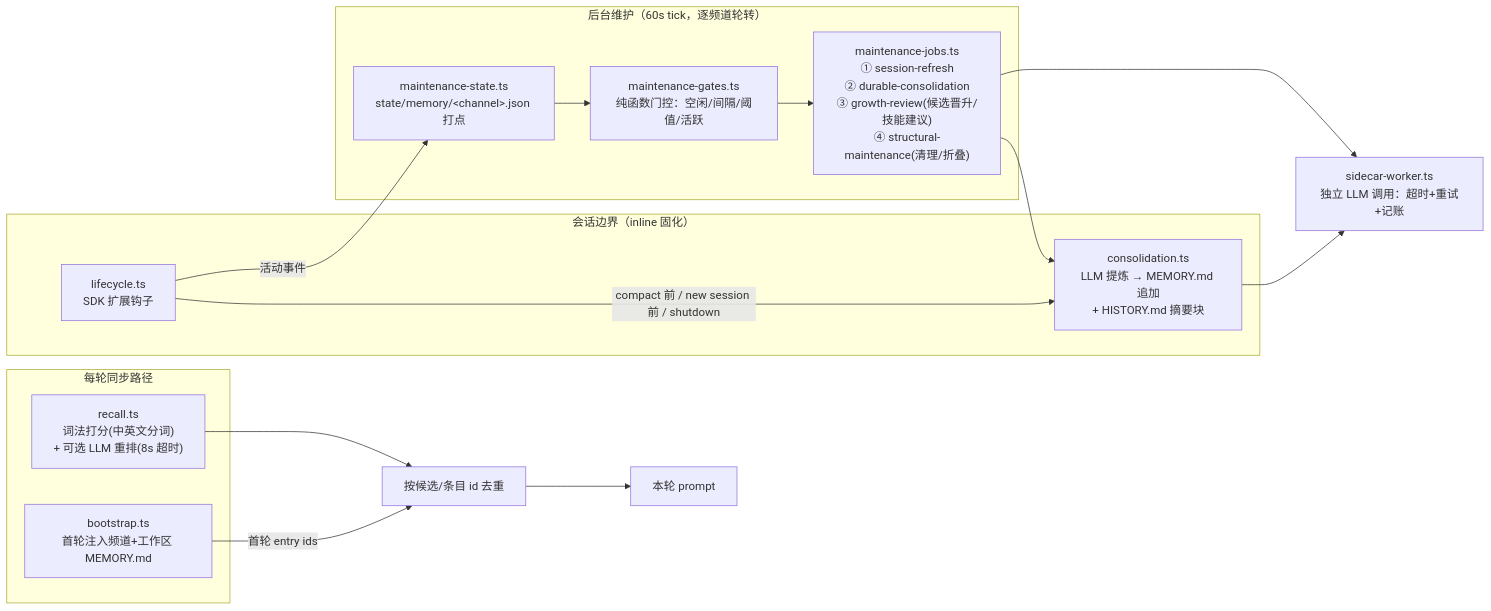
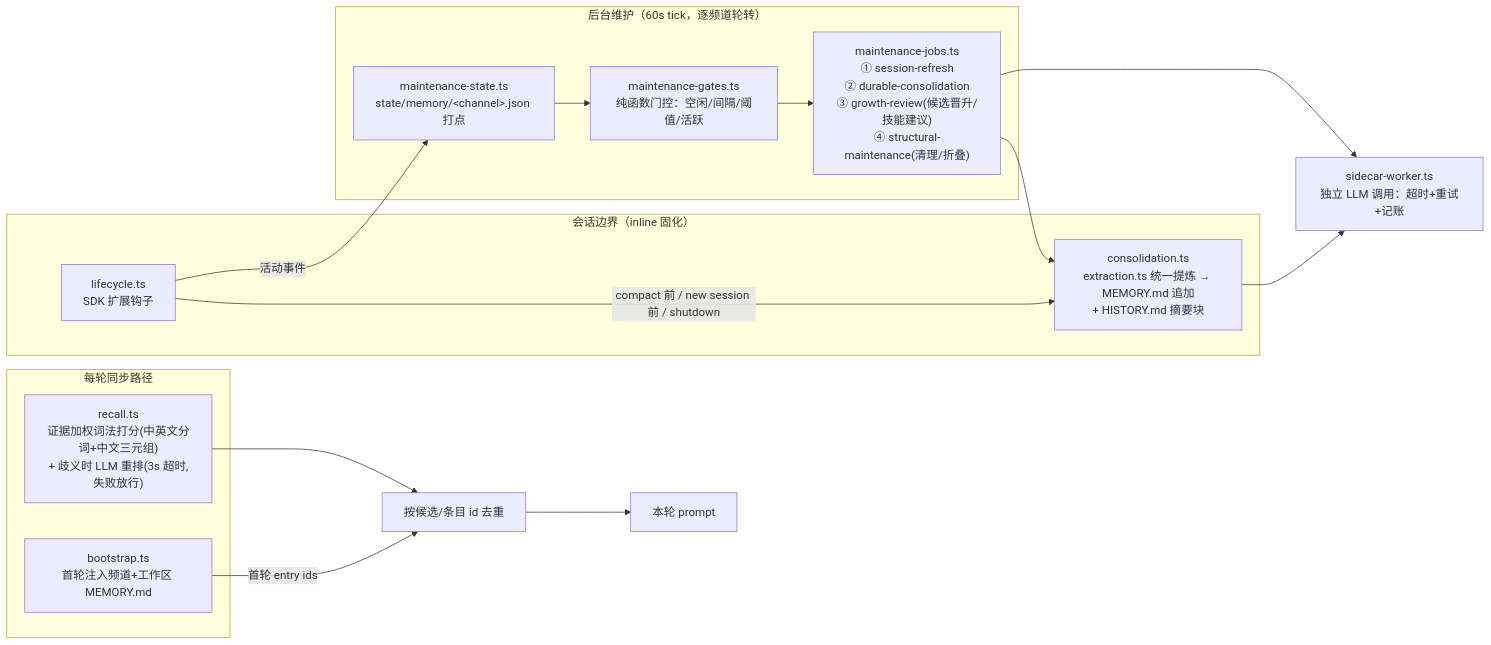
Before and after one commit to oyasmi/pipiclaw: the third of 4 diagrams in docs/architecture.md, drawn with Mermaid. The commit also changed other lines of this file and 16 other files, not shown here.

First line of the commit message:
refactor(memory): unify durable-memory extraction and score recall by evidence

````diff
--- a/docs/architecture.md
+++ b/docs/architecture.md
@@ -190,28 +190,28 @@
 ```mermaid
 flowchart LR
     subgraph turn [每轮同步路径]
-        RECALL["recall.ts<br/>词法打分(中英文分词)<br/>+ 可选 LLM 重排(8s 超时)"]
+        RECALL["recall.ts<br/>证据加权词法打分(中英文分词+中文三元组)<br/>+ 歧义时 LLM 重排(3s 超时,失败放行)"]
         BOOT["bootstrap.ts<br/>首轮注入频道+工作区 MEMORY.md"]
     end
 
     subgraph boundary [会话边界（inline 固化）]
         LC["lifecycle.ts<br/>SDK 扩展钩子"]
-        CONS["consolidation.ts<br/>LLM 提炼 → MEMORY.md 追加<br/>+ HISTORY.md 摘要块"]
+        CONS["consolidation.ts<br/>extraction.ts 统一提炼 → MEMORY.md 追加<br/>+ HISTORY.md 摘要块"]
     end
 
     subgraph sched [后台维护（60s tick，逐频道轮转）]
         GATES["maintenance-gates.ts<br/>纯函数门控：空闲/间隔/阈值/活跃"]
         JOBS["maintenance-jobs.ts<br/>① session-refresh<br/>② durable-consolidation<br/>③ growth-review(候选晋升/技能建议)<br/>④ structural-maintenance(清理/折叠)"]
         STATE["maintenance-state.ts<br/>state/memory/&lt;channel&gt;.json 打点"]
     end
 
     SIDE["sidecar-worker.ts<br/>独立 LLM 调用：超时+重试+记账"]
 
     BOOT -->|首轮 entry ids| DEDUPE[按候选/条目 id 去重]
     RECALL --> DEDUPE --> PROMPT[本轮 prompt]
     LC -->|compact 前 / new session 前 / shutdown| CONS
     GATES --> JOBS --> CONS
     JOBS --> SIDE
     CONS --> SIDE
     LC -->|活动事件| STATE --> GATES
 ```
````
